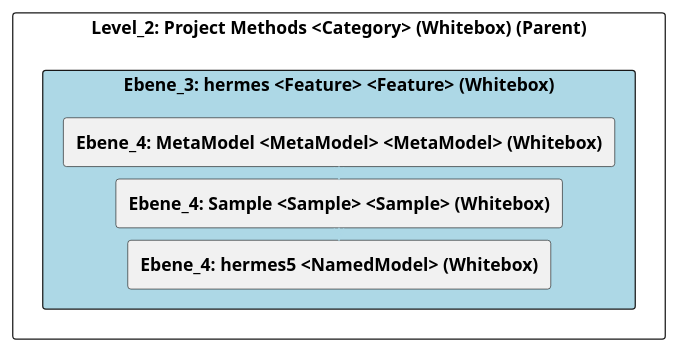
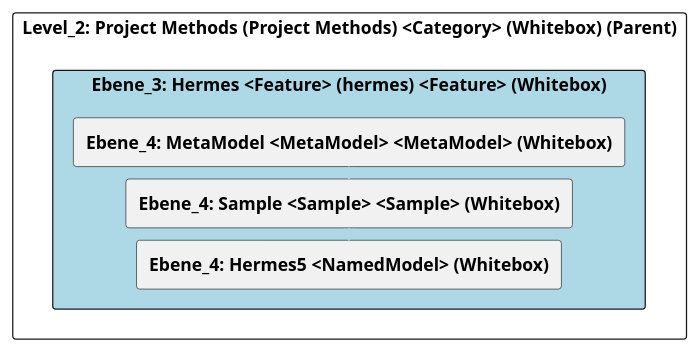
Before and after one commit to marcozwyssig/cleon: the diagram in doc/cleonproject_deliverables_architecture_model_architecture/adoc/de/05_bausteinsicht/cleon/project_methods/hermes/ebene_3_hermes.adoc, drawn with PlantUML. The commit also changed other lines of this file and 166 other files, not shown here.

```diff
--- a/doc/cleonproject_deliverables_architecture_model_architecture/adoc/de/05_bausteinsicht/cleon/project_methods/hermes/ebene_3_hermes.adoc
+++ b/doc/cleonproject_deliverables_architecture_model_architecture/adoc/de/05_bausteinsicht/cleon/project_methods/hermes/ebene_3_hermes.adoc
@@ -20,30 +20,30 @@
-[plantuml, Ebene_3: hermes <Feature> <Feature> (Whitebox)BlockOverview, format="svg"]
+[plantuml, Ebene_3: Hermes <Feature> (hermes) <Feature> (Whitebox)BlockOverview, format="svg"]
 ----
-@startuml Ebene_3: hermes <Feature> <Feature> (Whitebox)BuildingBlockOverview
+@startuml Ebene_3: Hermes <Feature> (hermes) <Feature> (Whitebox)BuildingBlockOverview
 
 skinparam ranksep 10
 skinparam componentStyle rectangle
 skinparam shadowing false
 skinparam arrowColor lightblue
 skinparam arrowThickness 1.2
 skinparam rectangle {
   BackgroundColor White
   BorderColor #333
   RoundCorner 10
 }
 top to bottom direction
 
-component "Level_2: Project Methods <Category> (Whitebox) (Parent)" {
-    component "Ebene_3: hermes <Feature> <Feature> (Whitebox)" #lightblue {
+component "Level_2: Project Methods (Project Methods) <Category> (Whitebox) (Parent)" {
+    component "Ebene_3: Hermes <Feature> (hermes) <Feature> (Whitebox)" #lightblue {
         [**Ebene_4: MetaModel <MetaModel> <MetaModel> (Whitebox)**] as 4A570569_D579_11EE_903E_9F564E4DE07E
         [**Ebene_4: Sample <Sample> <Sample> (Whitebox)**] as 4A56DE3D_D579_11EE_903E_9F564E4DE07E
-        [**Ebene_4: hermes5 <NamedModel> (Whitebox)**] as 4A56DE54_D579_11EE_903E_9F564E4DE07E
+        [**Ebene_4: Hermes5 <NamedModel> (Whitebox)**] as 4A56DE54_D579_11EE_903E_9F564E4DE07E
     }
 
     4A570569_D579_11EE_903E_9F564E4DE07E -down-> 4A56DE3D_D579_11EE_903E_9F564E4DE07E
     4A56DE3D_D579_11EE_903E_9F564E4DE07E -down-> 4A56DE54_D579_11EE_903E_9F564E4DE07E
     
 }
 
 @enduml
 ----
```
